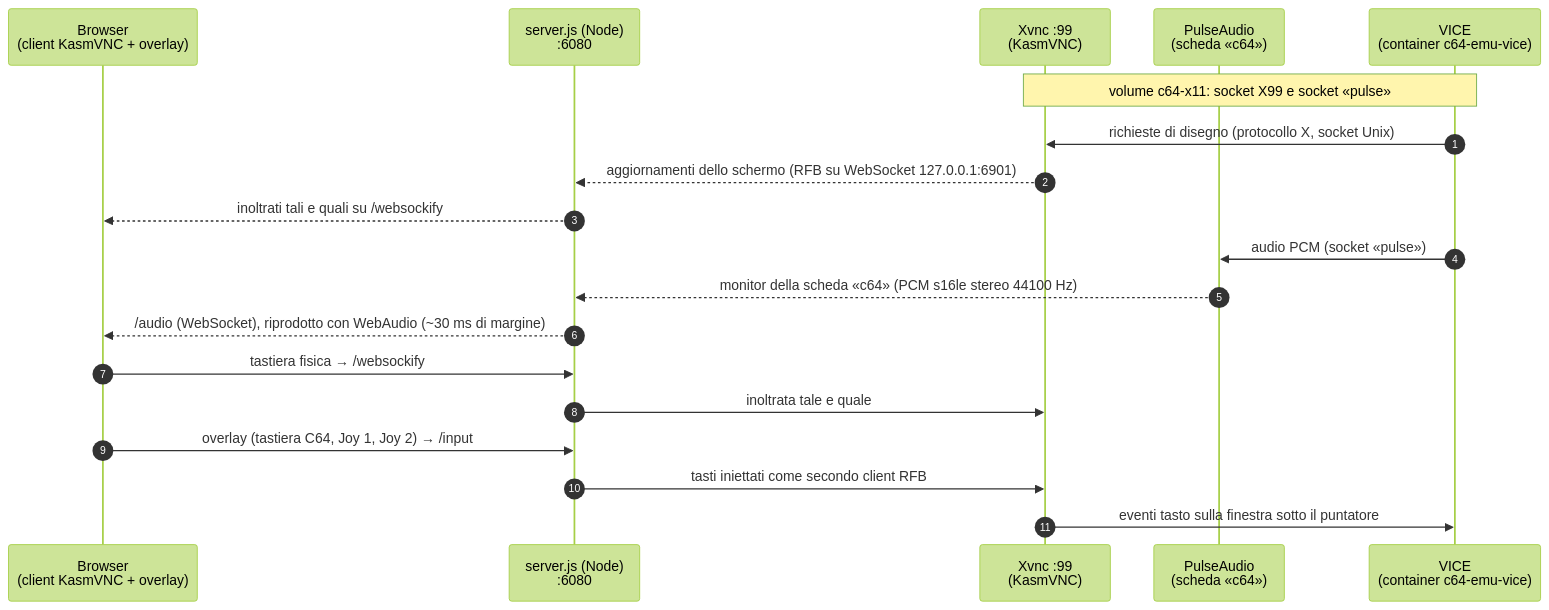
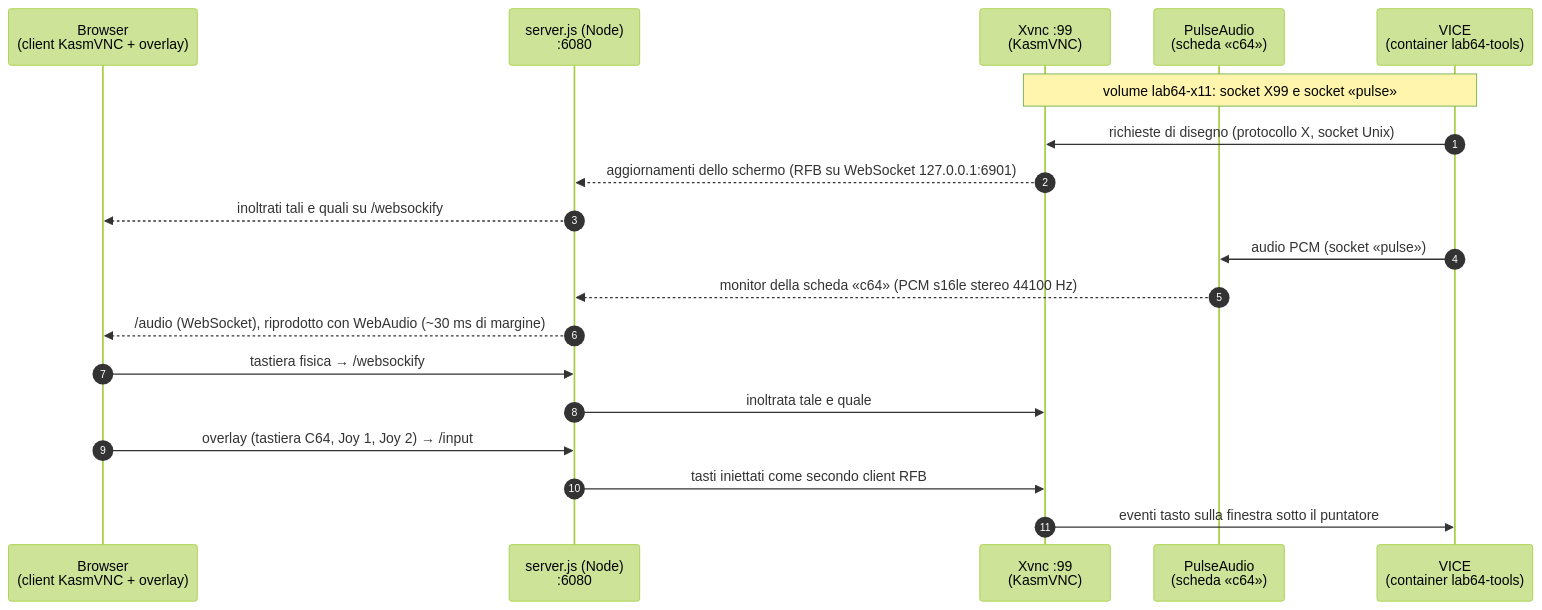
Before and after one commit to caporalesimone/barbarian-the-blood-path: the third of 3 diagrams in docs/docker-architecture.md, drawn with Mermaid (forest theme). The commit also changed other lines of this file and 201 other files, not shown here.

````diff
--- a/docs/docker-architecture.md
+++ b/docs/docker-architecture.md
@@ -185,22 +187,22 @@
 ```mermaid
 sequenceDiagram
     autonumber
     participant B as Browser<br/>(client KasmVNC + overlay)
     participant N as server.js (Node)<br/>:6080
     participant X as Xvnc :99<br/>(KasmVNC)
     participant P as PulseAudio<br/>(scheda «c64»)
-    participant V as VICE<br/>(container c64-emu-vice)
+    participant V as VICE<br/>(container lab64-tools)
 
-    Note over V,X: volume c64-x11: socket X99 e socket «pulse»
+    Note over V,X: volume lab64-x11: socket X99 e socket «pulse»
     V->>X: richieste di disegno (protocollo X, socket Unix)
     X-->>N: aggiornamenti dello schermo (RFB su WebSocket 127.0.0.1:6901)
     N-->>B: inoltrati tali e quali su /websockify
     V->>P: audio PCM (socket «pulse»)
     P-->>N: monitor della scheda «c64» (PCM s16le stereo 44100 Hz)
     N-->>B: /audio (WebSocket), riprodotto con WebAudio (~30 ms di margine)
     B->>N: tastiera fisica → /websockify
     N->>X: inoltrata tale e quale
     B->>N: overlay (tastiera C64, Joy 1, Joy 2) → /input
     N->>X: tasti iniettati come secondo client RFB
     X->>V: eventi tasto sulla finestra sotto il puntatore
 ```
````
